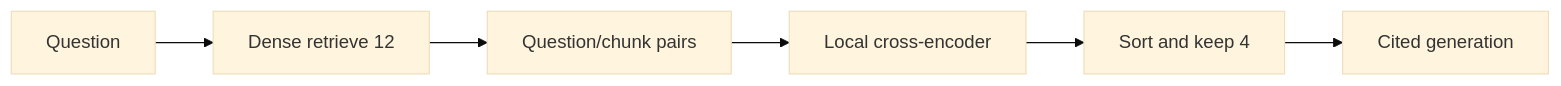
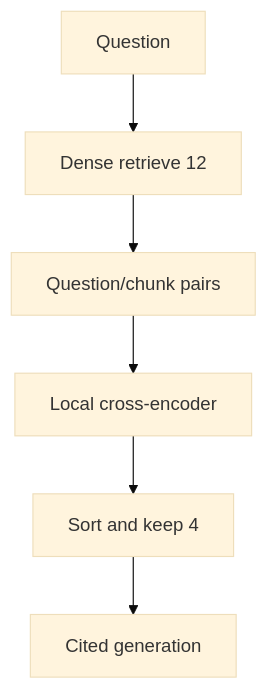
The first of 2 diagrams in src/rag_lab/labs/reranking/README.md (rajeswarandhandapani/rag-patterns-lab), drawn with Mermaid (base theme) before and after one commit. The commit also changed other lines of this file and 10 other files, not shown here.

````diff
--- a/src/rag_lab/labs/reranking/README.md
+++ b/src/rag_lab/labs/reranking/README.md
@@ -10,8 +10,8 @@
 ```mermaid
-flowchart LR
-    Q[Question] --> Retrieve[Dense retrieve 12]
-    Retrieve --> Pairs[Question/chunk pairs]
-    Pairs --> Cross[Local cross-encoder]
-    Cross --> Sort[Sort and keep 4]
-    Sort --> Chat[Cited generation]
+flowchart TD
+    Q["Question"] --> Retrieve["Dense retrieve 12"]
+    Retrieve --> Pairs["Question/chunk pairs"]
+    Pairs --> Cross["Local cross-encoder"]
+    Cross --> Sort["Sort and keep 4"]
+    Sort --> Chat["Cited generation"]
 ```
````
